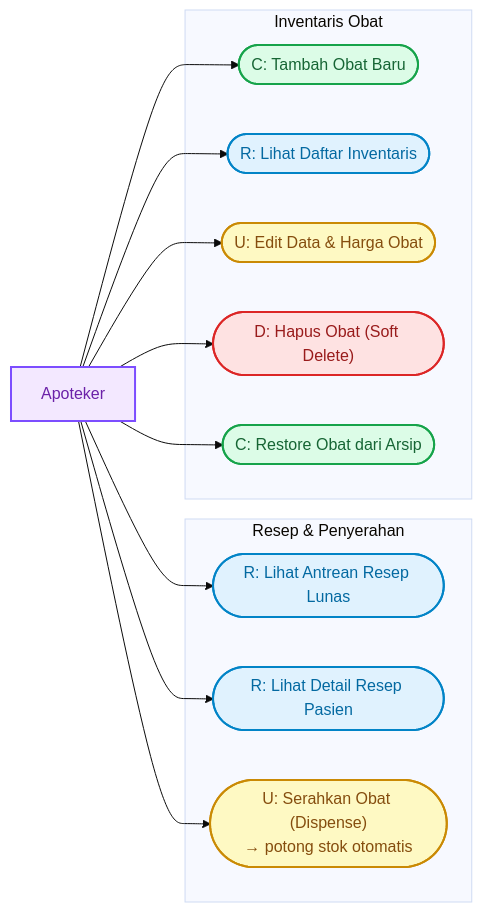
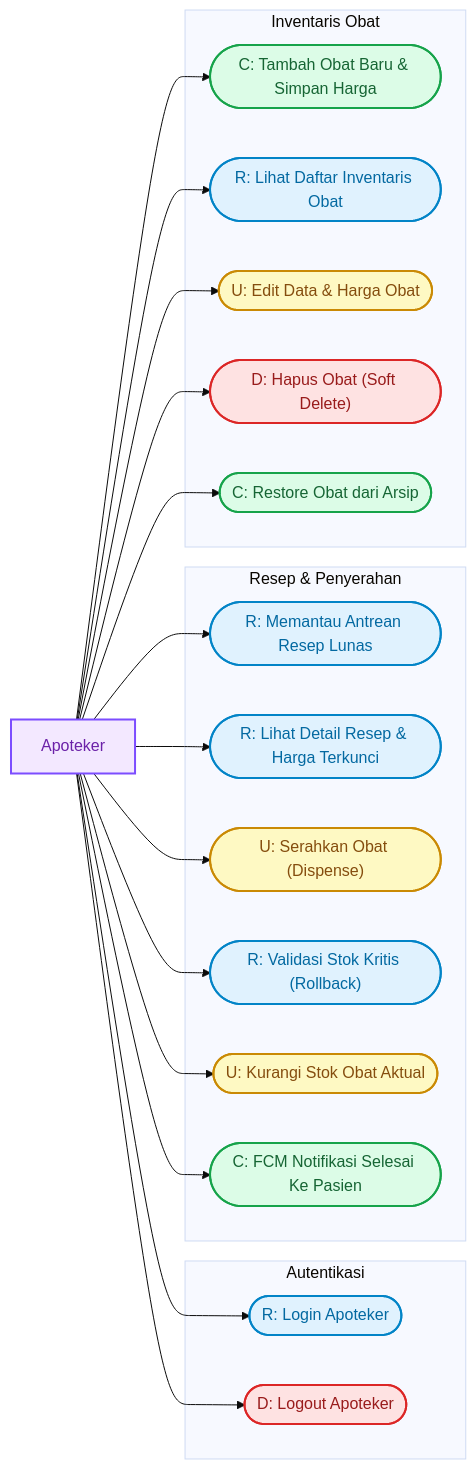
The fourth of 5 diagrams in dokumentasi/USECASE_DIAGRAM.md (Rezi14/NalaSeva-Mobile-Test), drawn with Mermaid (base theme) before and after one commit. The commit also changed other lines of this file and 32 other files, not shown here.

````diff
--- a/dokumentasi/USECASE_DIAGRAM.md
+++ b/dokumentasi/USECASE_DIAGRAM.md
@@ -244,33 +445,46 @@
 ```mermaid
 flowchart LR
   classDef actorStyle fill:#f3e8ff,stroke:#7c4dff,stroke-width:2px,color:#6b21a8;
   classDef cStyle fill:#dcfce7,stroke:#16a34a,stroke-width:2px,color:#166534;
   classDef rStyle fill:#e0f2fe,stroke:#0284c7,stroke-width:2px,color:#0369a1;
   classDef uStyle fill:#fef9c3,stroke:#ca8a04,stroke-width:2px,color:#854d0e;
   classDef dStyle fill:#fee2e2,stroke:#dc2626,stroke-width:2px,color:#991b1b;
 
   Apoteker[Apoteker]:::actorStyle
 
-  subgraph Resep ["Resep & Penyerahan"]
-    R1(["R: Lihat Antrean Resep Lunas"]):::rStyle
-    R2(["R: Lihat Detail Resep Pasien"]):::rStyle
-    U1(["U: Serahkan Obat (Dispense)\n→ potong stok otomatis"]):::uStyle
+  subgraph AuthAp ["Autentikasi"]
+    R0(["R: Login Apoteker"]):::rStyle
+    D0(["D: Logout Apoteker"]):::dStyle
   end
 
-  subgraph Inventaris ["Inventaris Obat"]
-    C1(["C: Tambah Obat Baru"]):::cStyle
-    R3(["R: Lihat Daftar Inventaris"]):::rStyle
-    U2(["U: Edit Data & Harga Obat"]):::uStyle
-    D1(["D: Hapus Obat (Soft Delete)"]):::dStyle
-    C2(["C: Restore Obat dari Arsip"]):::cStyle
+  subgraph ResepAp ["Resep & Penyerahan"]
+    R1(["R: Memantau Antrean Resep Lunas"]):::rStyle
+    R2(["R: Lihat Detail Resep & Harga Terkunci"]):::rStyle
+    U1(["U: Serahkan Obat (Dispense)"]):::uStyle
+    R3(["R: Validasi Stok Kritis (Rollback)"]):::rStyle
+    U2(["U: Kurangi Stok Obat Aktual"]):::uStyle
+    C1(["C: FCM Notifikasi Selesai Ke Pasien"]):::cStyle
   end
 
+  subgraph InventarisAp ["Inventaris Obat"]
+    C2(["C: Tambah Obat Baru & Simpan Harga"]):::cStyle
+    R4(["R: Lihat Daftar Inventaris Obat"]):::rStyle
+    U3(["U: Edit Data & Harga Obat"]):::uStyle
+    D1(["D: Hapus Obat (Soft Delete)"]):::dStyle
+    C3(["C: Restore Obat dari Arsip"]):::cStyle
+  end
+
+  Apoteker --> R0
+  Apoteker --> D0
   Apoteker --> R1
   Apoteker --> R2
   Apoteker --> U1
-  Apoteker --> C1
   Apoteker --> R3
   Apoteker --> U2
+  Apoteker --> C1
+  Apoteker --> C2
+  Apoteker --> R4
+  Apoteker --> U3
   Apoteker --> D1
-  Apoteker --> C2
+  Apoteker --> C3
 ```
````
